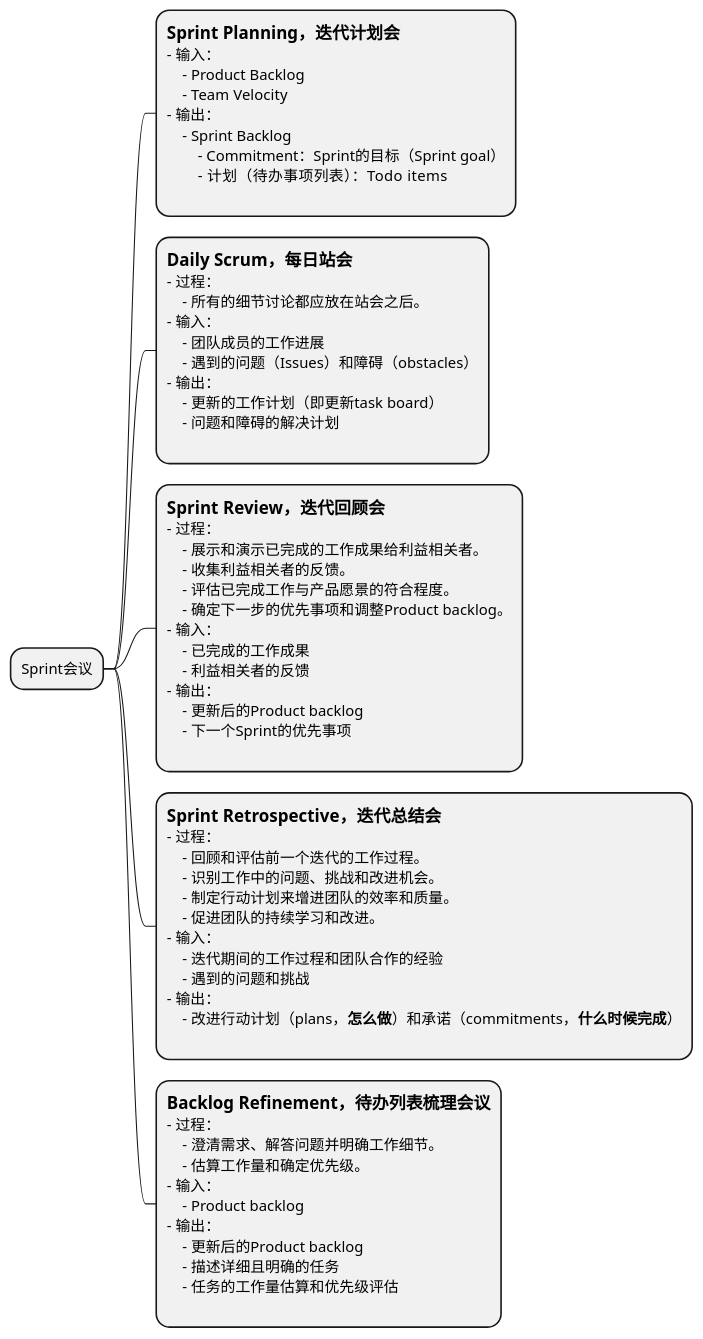
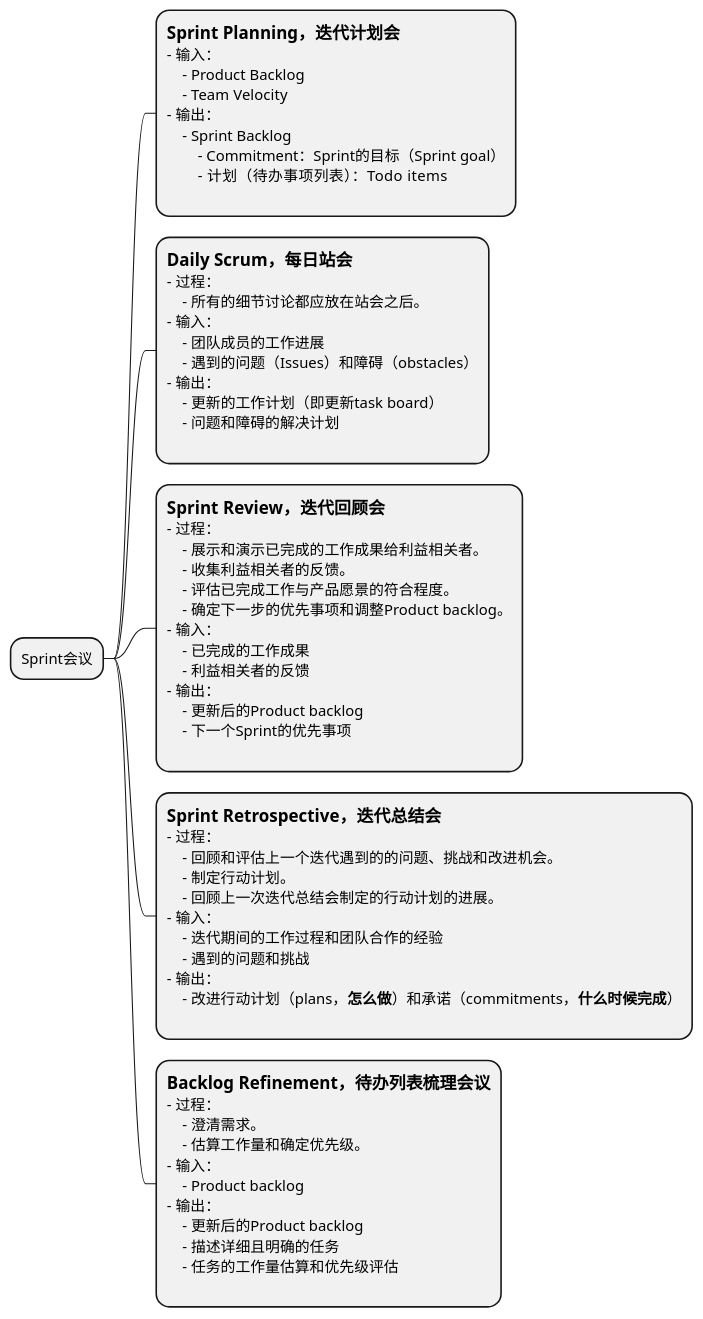
Before and after one commit to lem-org/lem-org.github.io: the seventh of 9 diagrams in content/insights/what_is_agile/index.zh-cn.raw.md, drawn with PlantUML. The commit also changed 3 other files, not shown here.

````diff
--- a/content/insights/what_is_agile/index.zh-cn.raw.md
+++ b/content/insights/what_is_agile/index.zh-cn.raw.md
@@ -196,66 +196,65 @@
 ```plantuml
 @startmindmap
 * Sprint会议
 
 **:==Sprint Planning，迭代计划会
 - 输入：
     - Product Backlog
     - Team Velocity
 - 输出：
     - Sprint Backlog
         - Commitment：Sprint的目标（Sprint goal）
         - 计划（待办事项列表）：Todo items
 ;
 
 **:==Daily Scrum，每日站会
 - 过程：
     - 所有的细节讨论都应放在站会之后。
 - 输入：
     - 团队成员的工作进展
     - 遇到的问题（Issues）和障碍（obstacles）
 - 输出：
     - 更新的工作计划（即更新task board）
     - 问题和障碍的解决计划
 ;
 
 **:==Sprint Review，迭代回顾会
 - 过程：
     - 展示和演示已完成的工作成果给利益相关者。
     - 收集利益相关者的反馈。
     - 评估已完成工作与产品愿景的符合程度。
     - 确定下一步的优先事项和调整Product backlog。
 - 输入：
     - 已完成的工作成果
     - 利益相关者的反馈
 - 输出：
     - 更新后的Product backlog
     - 下一个Sprint的优先事项
 ;
 
 **:==Sprint Retrospective，迭代总结会
 - 过程：
-    - 回顾和评估前一个迭代的工作过程。
-    - 识别工作中的问题、挑战和改进机会。
-    - 制定行动计划来增进团队的效率和质量。
-    - 促进团队的持续学习和改进。
+    - 回顾和评估上一个迭代遇到的的问题、挑战和改进机会。
+    - 制定行动计划。
+    - 回顾上一次迭代总结会制定的行动计划的进展。
 - 输入：
     - 迭代期间的工作过程和团队合作的经验
     - 遇到的问题和挑战
 - 输出：
     - 改进行动计划（plans，**怎么做**）和承诺（commitments，**什么时候完成**）
 ;
 
 **:==Backlog Refinement，待办列表梳理会议
 - 过程：
-    - 澄清需求、解答问题并明确工作细节。
+    - 澄清需求。
     - 估算工作量和确定优先级。
 - 输入：
     - Product backlog
 - 输出：
     - 更新后的Product backlog
     - 描述详细且明确的任务
     - 任务的工作量估算和优先级评估
 ;
 
 @endmindmap
 ```
````
